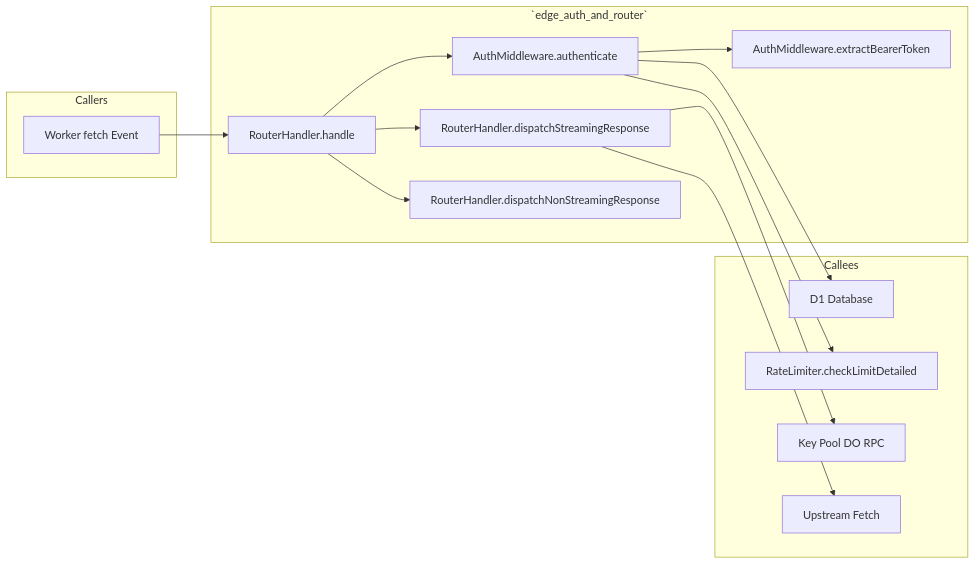
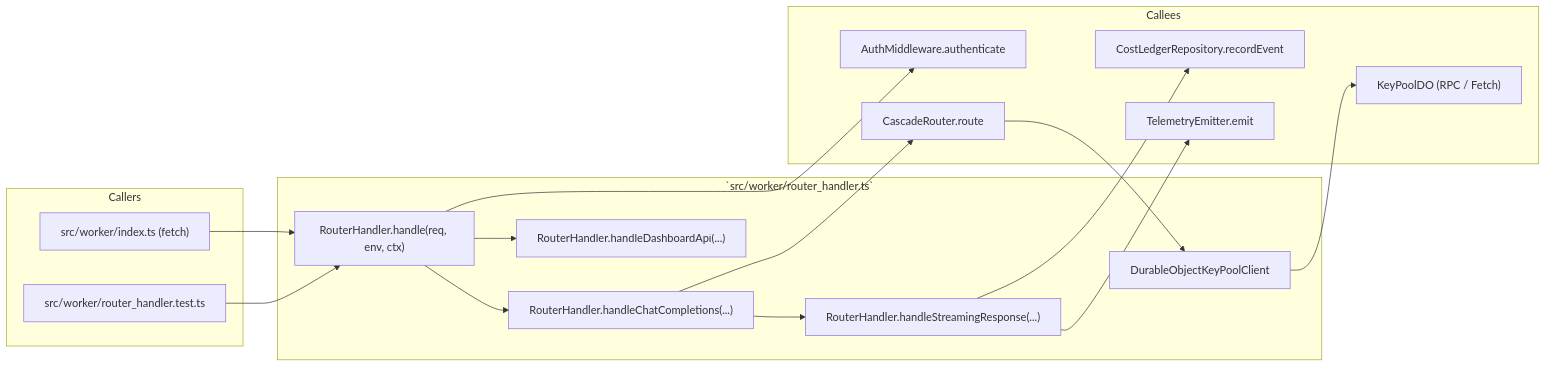
The first of 2 diagrams in docs/codeflow/edge_auth_and_router_handler_cfg.md (Axe-08/Key-Collective), drawn with Mermaid before and after one commit. The commit also changed other lines of this file and 3 other files, not shown here.

Commit message:
docs(codeflow): comprehensive architecture CFGs and def-use matrices

````diff
--- a/docs/codeflow/edge_auth_and_router_handler_cfg.md
+++ b/docs/codeflow/edge_auth_and_router_handler_cfg.md
@@ -18,29 +19,33 @@
 ```mermaid
 graph LR
     subgraph Callers
-        WorkerFetch[Worker fetch Event]
+        WorkerEntry["src/worker/index.ts (fetch)"]
+        TestHarness["src/worker/router_handler.test.ts"]
     end
-    subgraph `edge_auth_and_router`
-        AuthMiddleware_extractBearerToken[AuthMiddleware.extractBearerToken]
-        AuthMiddleware_authenticate[AuthMiddleware.authenticate]
-        RouterHandler_handle[RouterHandler.handle]
-        RouterHandler_dispatchStreamingResponse[RouterHandler.dispatchStreamingResponse]
-        RouterHandler_dispatchNonStreamingResponse[RouterHandler.dispatchNonStreamingResponse]
+    subgraph `src/worker/router_handler.ts`
+        Handle["RouterHandler.handle(req, env, ctx)"]
+        HandleChat["RouterHandler.handleChatCompletions(...)"]
+        HandleStream["RouterHandler.handleStreamingResponse(...)"]
+        HandleDashboard["RouterHandler.handleDashboardApi(...)"]
+        DOClient["DurableObjectKeyPoolClient"]
     end
     subgraph Callees
-        D1Database[D1 Database]
-        RateLimiter_check[RateLimiter.checkLimitDetailed]
-        KeyPoolDO[Key Pool DO RPC]
-        Upstream_fetch[Upstream Fetch]
+        AuthMid["AuthMiddleware.authenticate"]
+        Cascade["CascadeRouter.route"]
+        KeyPoolDO["KeyPoolDO (RPC / Fetch)"]
+        CostLedger["CostLedgerRepository.recordEvent"]
+        Telemetry["TelemetryEmitter.emit"]
     end
 
-    WorkerFetch --> RouterHandler_handle
-    RouterHandler_handle --> AuthMiddleware_authenticate
-    AuthMiddleware_authenticate --> AuthMiddleware_extractBearerToken
-    AuthMiddleware_authenticate --> D1Database
-    AuthMiddleware_authenticate --> RateLimiter_check
-    RouterHandler_handle --> RouterHandler_dispatchStreamingResponse
-    RouterHandler_handle --> RouterHandler_dispatchNonStreamingResponse
-    RouterHandler_dispatchStreamingResponse --> KeyPoolDO
-    RouterHandler_dispatchStreamingResponse --> Upstream_fetch
+    WorkerEntry --> Handle
+    TestHarness --> Handle
+    Handle --> AuthMid
+    Handle --> HandleDashboard
+    Handle --> HandleChat
+    HandleChat --> Cascade
+    Cascade --> DOClient
+    DOClient --> KeyPoolDO
+    HandleChat --> HandleStream
+    HandleStream --> CostLedger
+    HandleStream --> Telemetry
 ```
````
